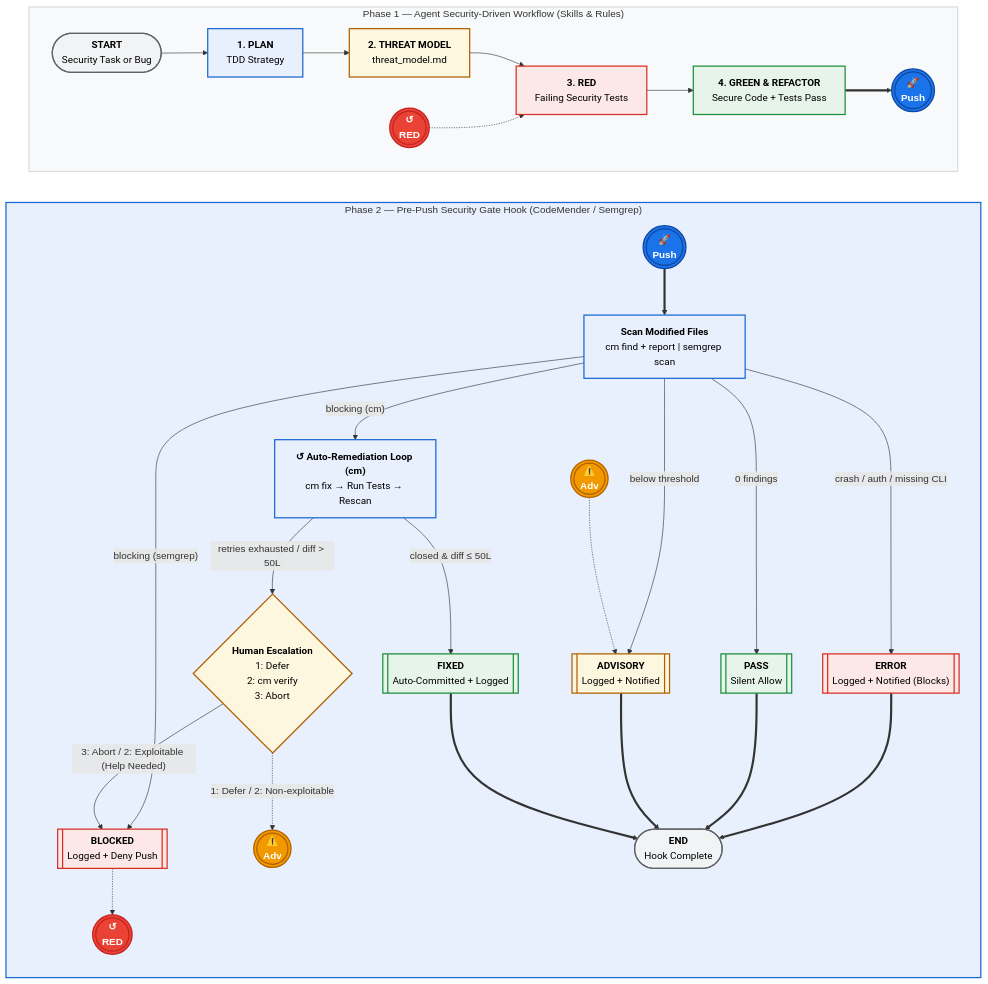
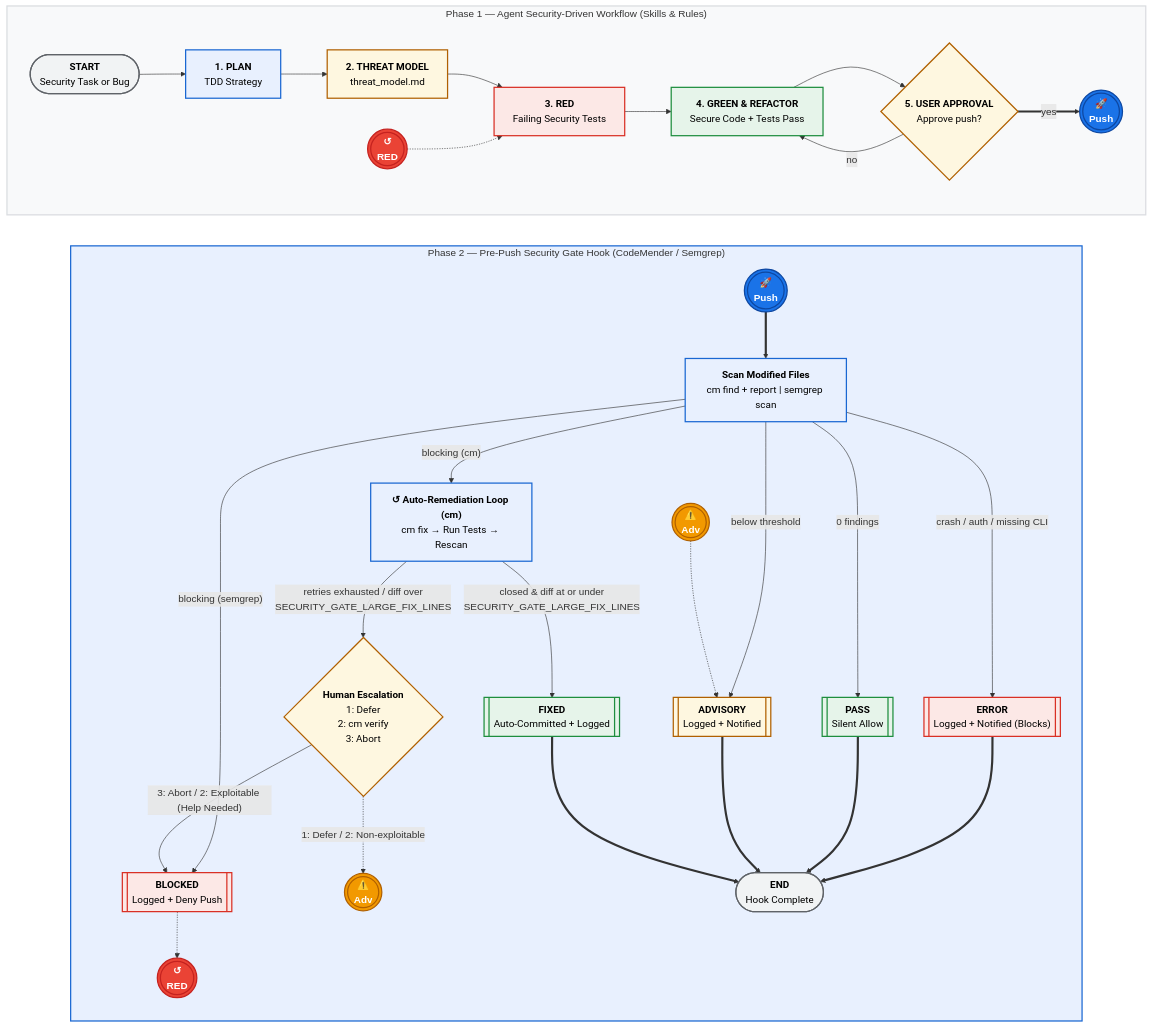
The diagram in README.md (JuanKRuiz/secure-coding-agy-config), drawn with Mermaid before and after one commit.

Commit message:
docs(readme): show user approval before push in the workflow diagram

````diff
--- a/README.md
+++ b/README.md
@@ -18,50 +18,52 @@
 ```mermaid
 flowchart TD
     subgraph SG_Phase1 ["Phase 1 — Agent Security-Driven Workflow (Skills & Rules)"]
         direction LR
         Start(["<b>START</b><br/>Security Task or Bug"]):::neutral --> Plan["<b>1. PLAN</b><br/>TDD Strategy"]:::gcpBlue
         Plan --> TM["<b>2. THREAT MODEL</b><br/>threat_model.md"]:::gcpYellow
         TM --> Red["<b>3. RED</b><br/>Failing Security Tests"]:::gcpRed
         wpRed_dst((("↺<br/>RED"))):::wp_red -.-> Red
         Red --> Green["<b>4. GREEN & REFACTOR</b><br/>Secure Code + Tests Pass"]:::gcpGreen
-        Green ==> wpPush_src((("🚀<br/>Push"))):::wp_blue
+        Green --> Approve{"<b>5. USER APPROVAL</b><br/>Approve push?"}:::gcpYellow
+        Approve -->|"no"| Green
+        Approve ==>|"yes"| wpPush_src((("🚀<br/>Push"))):::wp_blue
     end
 
     SG_Phase1 ~~~ SG_Phase2
 
     subgraph SG_Phase2 ["Phase 2 — Pre-Push Security Gate Hook (CodeMender / Semgrep)"]
         direction TB
         wpPush_dst((("🚀<br/>Push"))):::wp_blue ==> Scan["<b>Scan Modified Files</b><br/>cm find + report | semgrep scan"]:::gcpBlue
 
         Scan -->|"crash / auth / missing CLI"| ErrorOut[["<b>ERROR</b><br/>Logged + Notified (Blocks)"]]:::gcpRed
         Scan -->|"0 findings"| PassOut[["<b>PASS</b><br/>Silent Allow"]]:::gcpGreen
         Scan -->|"below threshold"| AdvisoryOut[["<b>ADVISORY</b><br/>Logged + Notified"]]:::gcpYellow
         wpAdv_dst((("⚠️<br/>Adv"))):::wp_yellow -.-> AdvisoryOut
         Scan -->|"blocking (cm)"| FixLoop["<b>↺ Auto-Remediation Loop (cm)</b><br/>cm fix → Run Tests → Rescan"]:::gcpBlue
         Scan -->|"blocking (semgrep)"| BlockedOut[["<b>BLOCKED</b><br/>Logged + Deny Push"]]:::gcpRed
 
-        FixLoop -->|"closed & diff ≤ 50L"| FixedOut[["<b>FIXED</b><br/>Auto-Committed + Logged"]]:::gcpGreen
-        FixLoop -->|"retries exhausted / diff > 50L"| Escalate{"<b>Human Escalation</b><br/>1: Defer<br/>2: cm verify<br/>3: Abort"}:::gcpYellow
+        FixLoop -->|"closed & diff at or under<br/>SECURITY_GATE_LARGE_FIX_LINES"| FixedOut[["<b>FIXED</b><br/>Auto-Committed + Logged"]]:::gcpGreen
+        FixLoop -->|"retries exhausted / diff over<br/>SECURITY_GATE_LARGE_FIX_LINES"| Escalate{"<b>Human Escalation</b><br/>1: Defer<br/>2: cm verify<br/>3: Abort"}:::gcpYellow
 
         Escalate -.->|"1: Defer / 2: Non-exploitable"| wpAdv_src((("⚠️<br/>Adv"))):::wp_yellow
         Escalate -->|"3: Abort / 2: Exploitable (Help Needed)"| BlockedOut
 
         ErrorOut ==> EndNode(["<b>END</b><br/>Hook Complete"]):::neutral
         PassOut ==> EndNode
         AdvisoryOut ==> EndNode
         FixedOut ==> EndNode
         BlockedOut -.-> wpRed_src((("↺<br/>RED"))):::wp_red
     end
 
     classDef gcpBlue fill:#E8F0FE,stroke:#1967D2,stroke-width:2px,color:#000,font-family:Roboto
     classDef gcpGreen fill:#E6F4EA,stroke:#1E8E3E,stroke-width:2px,color:#000,font-family:Roboto
     classDef gcpYellow fill:#FEF7E0,stroke:#B06000,stroke-width:2px,color:#000,font-family:Roboto
     classDef gcpRed fill:#FCE8E6,stroke:#D93025,stroke-width:2px,color:#000,font-family:Roboto
     classDef neutral fill:#F1F3F4,stroke:#5F6368,stroke-width:2px,color:#000,font-family:Roboto
     classDef wp_blue fill:#1A73E8,stroke:#0D47A1,stroke-width:2px,color:#fff,font-weight:bold
     classDef wp_red fill:#EA4335,stroke:#C5221F,stroke-width:2px,color:#fff,font-weight:bold
     classDef wp_yellow fill:#F29900,stroke:#B06000,stroke-width:2px,color:#fff,font-weight:bold
 
     style SG_Phase1 fill:#F8F9FA,stroke:#DADCE0,stroke-width:2px
     style SG_Phase2 fill:#E8F0FE,stroke:#1967D2,stroke-width:2px
 ```
````
